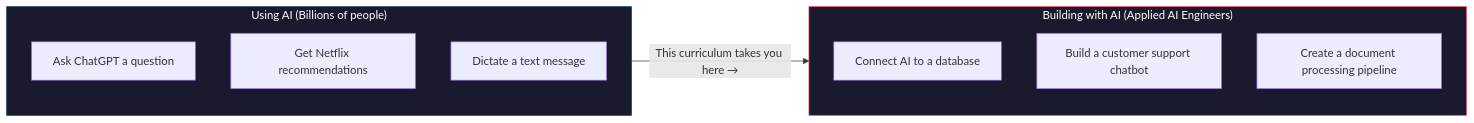
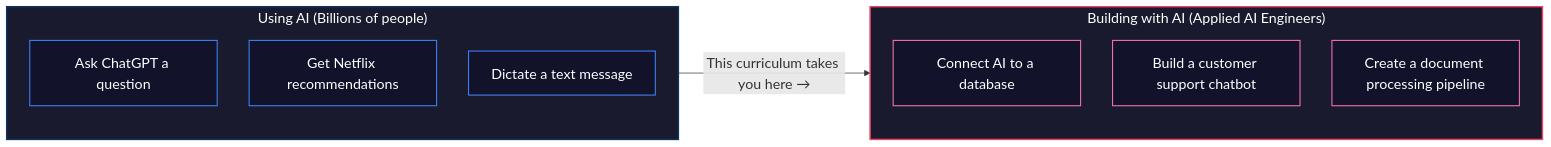
The second of 2 diagrams in learning/foundations/what-is-ai/what-is-ai.md (ALL-Applied-AI-Network/aain-content), drawn with Mermaid before and after one commit. The commit also changed other lines of this file and 2 other files, not shown here.

Commit message:
Improve mermaid diagram styling and fix container class mismatch
The diagram wrapper was rendered as <div class="diagram"> but the CSS
rule was scoped to .diagram-block, so the card background, padding,
and centering never applied to any diagram site-wide. Fixed the
selector.

Also smoothed the AI-landscape diagram's node borders (previously two
nodes were pink and two were near-invisible dark, an unintentional
inconsistency) into a single purple-to-pink gradient, and gave the
"Using AI vs Building with AI" diagram matching inner-node colors plus
a new opt-in :::diagram[large] modifier (mirrors :::callout[type]) that
scales it 1.35x, left-anchored so overflow only requires scrolling
right.

````diff
--- a/learning/foundations/what-is-ai/what-is-ai.md
+++ b/learning/foundations/what-is-ai/what-is-ai.md
@@ -83,19 +83,26 @@
 ```mermaid
+%%{init: {'themeVariables': {'fontSize': '20px'}, 'flowchart': {'nodeSpacing': 45, 'rankSpacing': 70, 'padding': 16}}}%%
 flowchart LR
     subgraph Using ["Using AI (Billions of people)"]
         U1["Ask ChatGPT a question"]
         U2["Get Netflix recommendations"]
         U3["Dictate a text message"]
     end
 
     subgraph Building ["Building with AI (Applied AI Engineers)"]
         B1["Connect AI to a database"]
         B2["Build a customer support chatbot"]
         B3["Create a document processing pipeline"]
     end
 
     Using -->|"This curriculum takes you here →"| Building
 
-    style Using fill:#1a1a2e,stroke:#0f3460,color:#fff
-    style Building fill:#1a1a2e,stroke:#e94560,color:#fff
+    style Using fill:#1a1a2e,stroke:#0f3460,stroke-width:2px,color:#fff
+    style Building fill:#1a1a2e,stroke:#e94560,stroke-width:2px,color:#fff
+    style U1 fill:#12122a,stroke:#3b82f6,stroke-width:1.5px,color:#fff
+    style U2 fill:#12122a,stroke:#3b82f6,stroke-width:1.5px,color:#fff
+    style U3 fill:#12122a,stroke:#3b82f6,stroke-width:1.5px,color:#fff
+    style B1 fill:#12122a,stroke:#f472b6,stroke-width:1.5px,color:#fff
+    style B2 fill:#12122a,stroke:#f472b6,stroke-width:1.5px,color:#fff
+    style B3 fill:#12122a,stroke:#f472b6,stroke-width:1.5px,color:#fff
 ```
````
